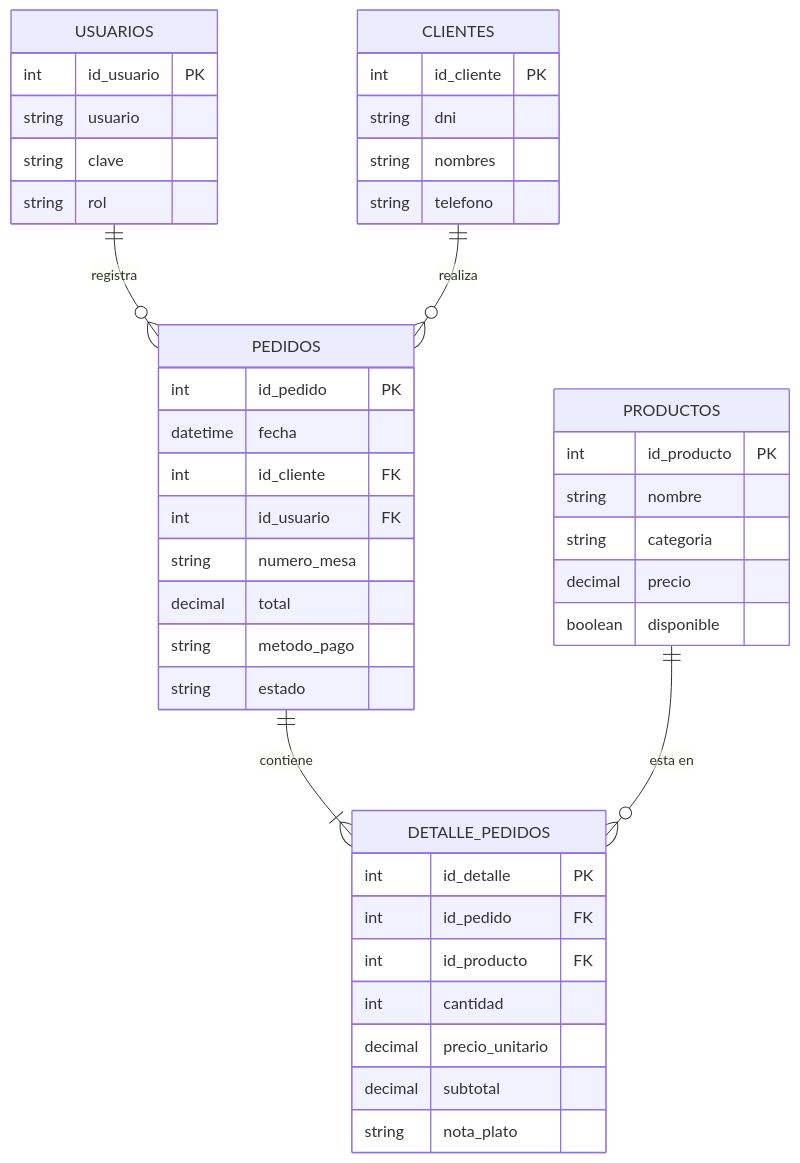
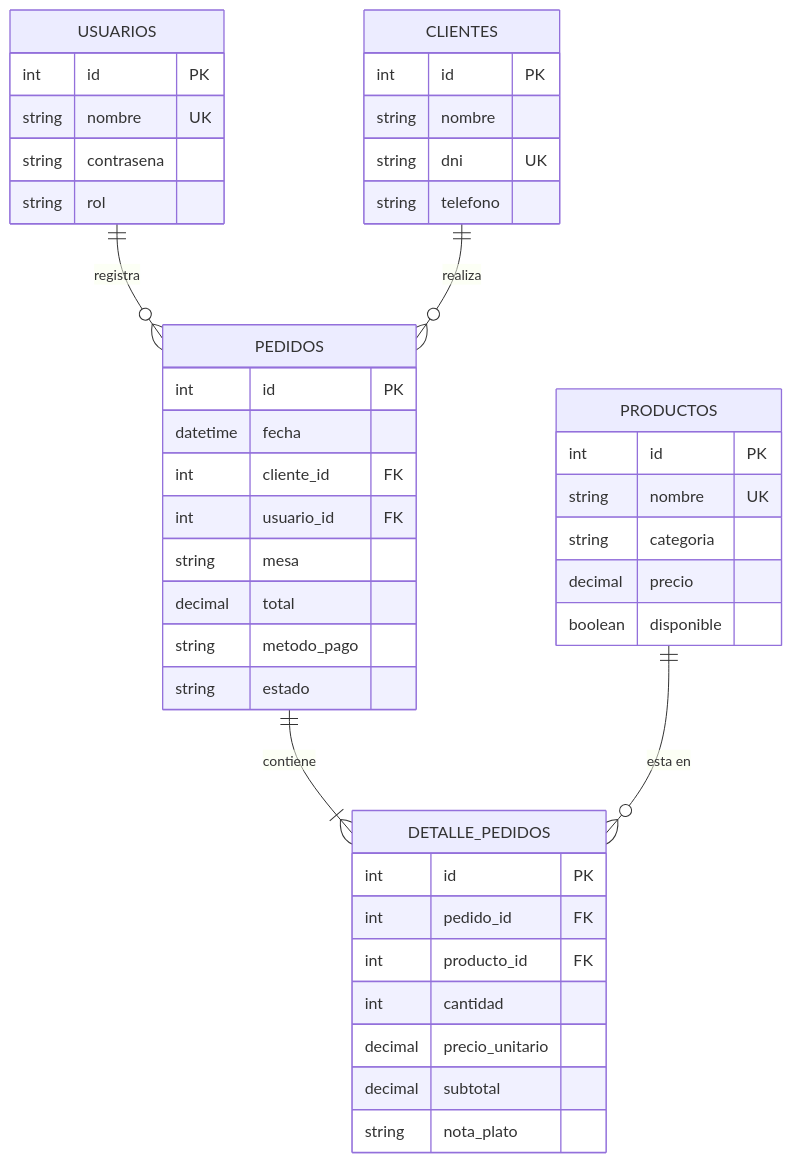
Before and after one commit to Alex-Cardenas76/Restaurante_Criollo: the diagram in docs/El_proyecto.md, drawn with Mermaid. The commit also changed other lines of this file and 16 other files, not shown here.

````diff
--- a/docs/El_proyecto.md
+++ b/docs/El_proyecto.md
@@ -40,50 +68,50 @@
 ```mermaid
 erDiagram
     USUARIOS {
-        int id_usuario PK
-        string usuario
-        string clave
+        int id PK
+        string nombre UK
+        string contrasena
         string rol
     }
 
     CLIENTES {
-        int id_cliente PK
-        string dni
-        string nombres
+        int id PK
+        string nombre
+        string dni UK
         string telefono
     }
 
     PRODUCTOS {
-        int id_producto PK
-        string nombre
+        int id PK
+        string nombre UK
         string categoria
         decimal precio
         boolean disponible
     }
 
     PEDIDOS {
-        int id_pedido PK
+        int id PK
         datetime fecha
-        int id_cliente FK
-        int id_usuario FK
-        string numero_mesa
+        int cliente_id FK
+        int usuario_id FK
+        string mesa
         decimal total
         string metodo_pago
         string estado
     }
 
     DETALLE_PEDIDOS {
-        int id_detalle PK
-        int id_pedido FK
-        int id_producto FK
+        int id PK
+        int pedido_id FK
+        int producto_id FK
         int cantidad
         decimal precio_unitario
         decimal subtotal
         string nota_plato
     }
 
     USUARIOS ||--o{ PEDIDOS : "registra"
     CLIENTES ||--o{ PEDIDOS : "realiza"
     PEDIDOS ||--|{ DETALLE_PEDIDOS : "contiene"
     PRODUCTOS ||--o{ DETALLE_PEDIDOS : "esta en"
 ```
````
